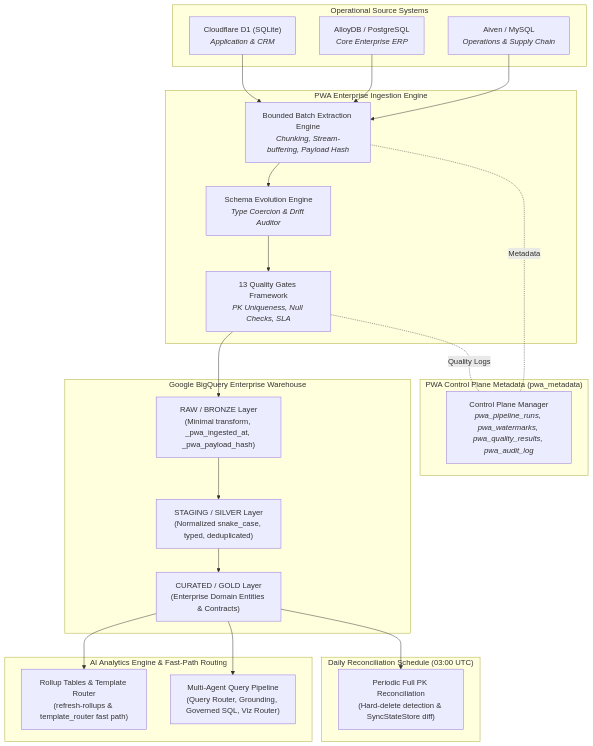
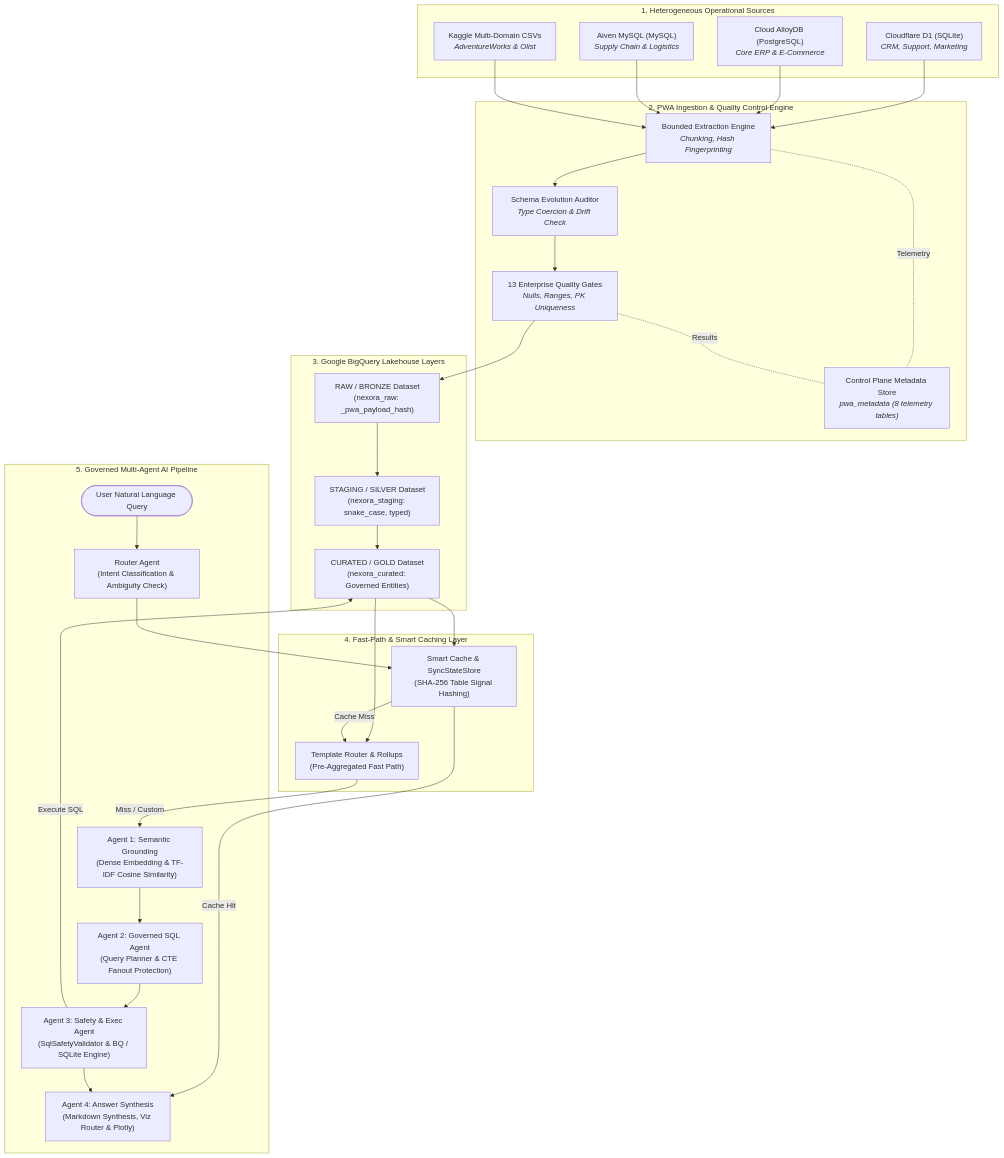
One commit to Dakshin10/polyglot-warehouse-agent changed the first of 3 diagrams in README.md. Above: the diagram before and after it, drawn with Mermaid. The commit also changed other lines of this file and 29 other files, not shown here.

Commit message:
feat: implement enterprise semantic layer, query planner, and multi-agent pipeline

````diff
--- a/README.md
+++ b/README.md
@@ -32,49 +51,53 @@
 ```mermaid
-graph TD
-    subgraph Operational_Sources["Operational Source Systems"]
-        D1["Cloudflare D1 (SQLite)<br/><i>Application & CRM</i>"]
-        ALLOY["AlloyDB / PostgreSQL<br/><i>Core Enterprise ERP</i>"]
-        AIVEN["Aiven / MySQL<br/><i>Operations & Supply Chain</i>"]
+flowchart TD
+    subgraph SOURCES["1. Heterogeneous Operational Sources"]
+        D1["Cloudflare D1 (SQLite)<br/><i>CRM, Support, Marketing</i>"]
+        ALLOY["Cloud AlloyDB (PostgreSQL)<br/><i>Core ERP & E-Commerce</i>"]
+        AIVEN["Aiven MySQL (MySQL)<br/><i>Supply Chain & Logistics</i>"]
+        FILES["Kaggle Multi-Domain CSVs<br/><i>AdventureWorks & Olist</i>"]
     end
 
-    subgraph PWA_Control_Plane["PWA Control Plane Metadata (pwa_metadata)"]
-        CP["Control Plane Manager<br/><i>pwa_pipeline_runs, pwa_watermarks, pwa_quality_results, pwa_audit_log</i>"]
+    subgraph ENGINE["2. PWA Ingestion & Quality Control Engine"]
+        EXT["Bounded Extraction Engine<br/><i>Chunking, Hash Fingerprinting</i>"]
+        DRIFT["Schema Evolution Auditor<br/><i>Type Coercion & Drift Check</i>"]
+        GATES["13 Enterprise Quality Gates<br/><i>Nulls, Ranges, PK Uniqueness</i>"]
+        CP["Control Plane Metadata Store<br/><i>pwa_metadata (8 telemetry tables)</i>"]
     end
 
-    subgraph PWA_Engine["PWA Enterprise Ingestion Engine"]
-        EXT["Bounded Batch Extraction Engine<br/><i>Chunking, Stream-buffering, Payload Hash</i>"]
-        DRIFT["Schema Evolution Engine<br/><i>Type Coercion & Drift Auditor</i>"]
-        GATE["13 Quality Gates Framework<br/><i>PK Uniqueness, Null Checks, SLA</i>"]
+    subgraph WAREHOUSE["3. Google BigQuery Lakehouse Layers"]
+        RAW["RAW / BRONZE Dataset<br/>(nexora_raw: _pwa_payload_hash)"]
+        STAGING["STAGING / SILVER Dataset<br/>(nexora_staging: snake_case, typed)"]
+        CURATED["CURATED / GOLD Dataset<br/>(nexora_curated: Governed Entities)"]
     end
 
-    subgraph Downstream_Warehouse["Google BigQuery Enterprise Warehouse"]
-        RAW["RAW / BRONZE Layer<br/>(Minimal transform, _pwa_ingested_at, _pwa_payload_hash)"]
-        SILVER["STAGING / SILVER Layer<br/>(Normalized snake_case, typed, deduplicated)"]
-        GOLD["CURATED / GOLD Layer<br/>(Enterprise Domain Entities & Contracts)"]
+    subgraph FASTPATH["4. Fast-Path & Smart Caching Layer"]
+        SCACHE["Smart Cache & SyncStateStore<br/>(SHA-256 Table Signal Hashing)"]
+        TEMPL["Template Router & Rollups<br/>(Pre-Aggregated Fast Path)"]
     end
 
-    subgraph Analytics_Engine["AI Analytics Engine & Fast-Path Routing"]
-        FASTPATH["Rollup Tables & Template Router<br/>(refresh-rollups & template_router fast path)"]
-        MULTIAGENT["Multi-Agent Query Pipeline<br/>(Query Router, Grounding, Governed SQL, Viz Router)"]
+    subgraph AI_AGENTS["5. Governed Multi-Agent AI Pipeline"]
+        USER(["User Natural Language Query"])
+        ROUTER["Router Agent<br/>(Intent Classification & Ambiguity Check)"]
+        AG1["Agent 1: Semantic Grounding<br/>(Dense Embedding & TF-IDF Cosine Similarity)"]
+        AG2["Agent 2: Governed SQL Agent<br/>(Query Planner & CTE Fanout Protection)"]
+        AG3["Agent 3: Safety & Exec Agent<br/>(SqlSafetyValidator & BQ / SQLite Engine)"]
+        AG4["Agent 4: Answer Synthesis<br/>(Markdown Synthesis, Viz Router & Plotly)"]
     end
 
-    subgraph Scheduled_Reconciliation["Daily Reconciliation Schedule (03:00 UTC)"]
-        RECON["Periodic Full PK Reconciliation<br/>(Hard-delete detection & SyncStateStore diff)"]
-    end
+    D1 & ALLOY & AIVEN & FILES --> EXT
+    EXT --> DRIFT --> GATES --> RAW
+    EXT -. Telemetry .- CP
+    GATES -. Results .- CP
 
-    D1 --> EXT
-    ALLOY --> EXT
-    AIVEN --> EXT
+    RAW --> STAGING --> CURATED
+    CURATED --> SCACHE
+    CURATED --> TEMPL
 
-    EXT --> DRIFT
-    DRIFT --> GATE
-    GATE --> RAW
-    RAW --> SILVER
-    SILVER --> GOLD
-    GOLD --> FASTPATH
-    GOLD --> MULTIAGENT
-    GOLD --> RECON
-
-    EXT -. Metadata .- CP
-    GATE -. Quality Logs .- CP
+    USER --> ROUTER
+    ROUTER --> SCACHE
+    SCACHE -- Cache Hit --> AG4
+    SCACHE -- Cache Miss --> TEMPL
+    TEMPL -- Miss / Custom --> AG1
+    AG1 --> AG2 --> AG3 --> AG4
+    AG3 -- Execute SQL --> CURATED
 ```
````
